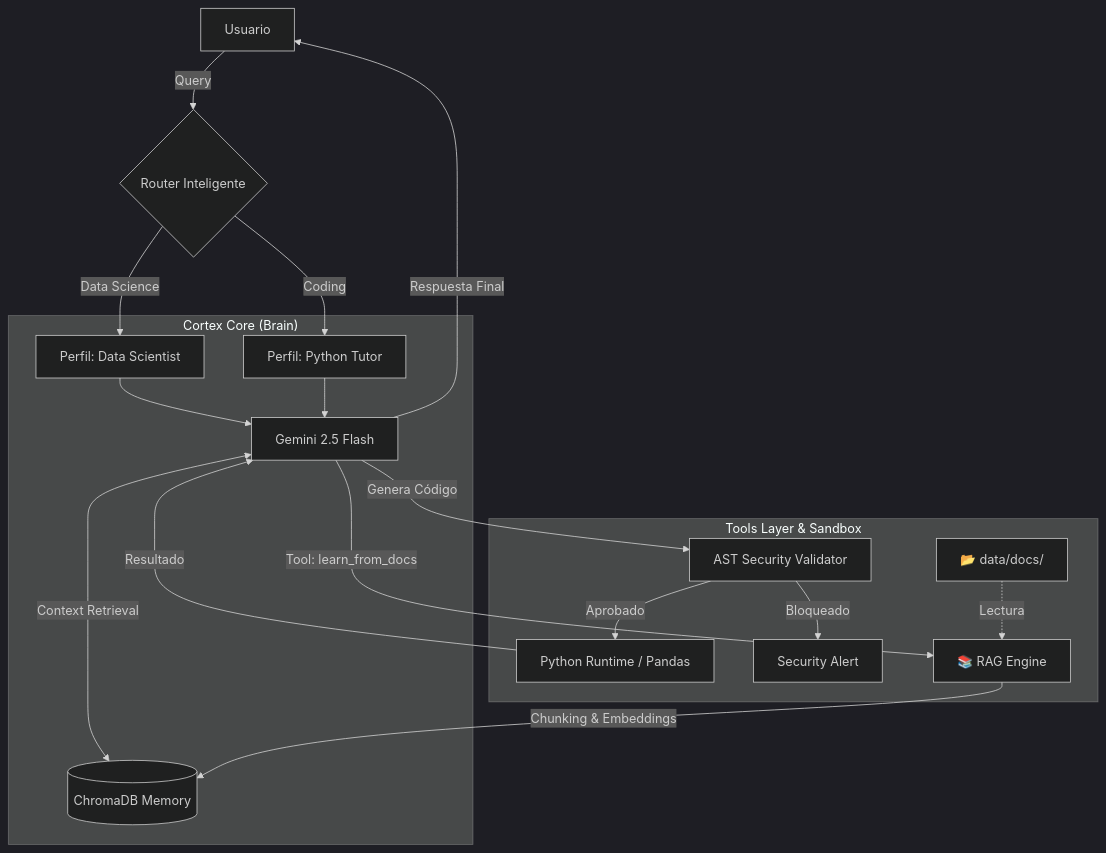
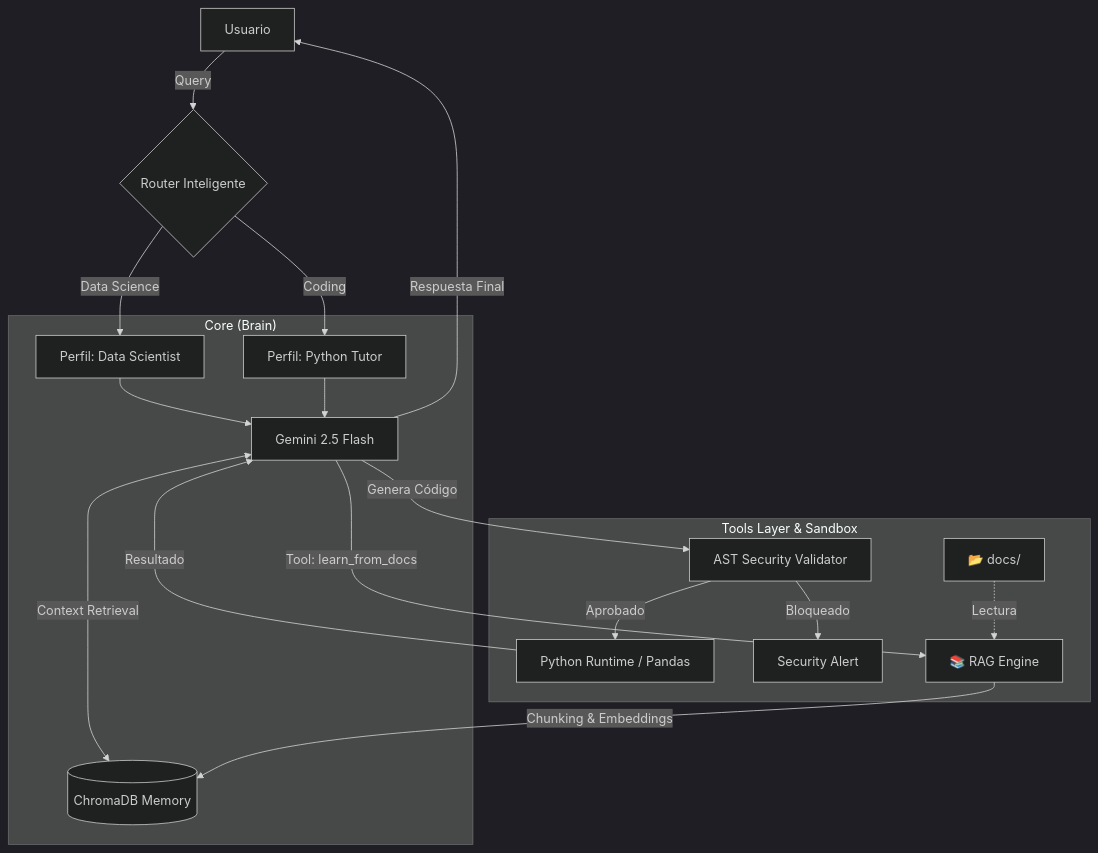
One commit to LeandroGui/autonomous-agentic-system changed the diagram in README.md. Above: the diagram before and after it, drawn with Mermaid (dark theme).

````diff
--- a/README.md
+++ b/README.md
@@ -44,26 +44,26 @@
 ```mermaid
 graph TD
     User[Usuario] -->|Query| Router{Router Inteligente}
     Router -->|Data Science| PersonaDS[Perfil: Data Scientist]
     Router -->|Coding| PersonaDev[Perfil: Python Tutor]
     
-    subgraph "Cortex Core (Brain)"
+    subgraph "Core (Brain)"
         PersonaDS & PersonaDev --> Brain[Gemini 2.5 Flash]
         Brain <-->|Context Retrieval| Memory[(ChromaDB Memory)]
     end
     
     subgraph "Tools Layer & Sandbox"
         %% Ejecución de Código
         Brain -->|Genera Código| Validator[AST Security Validator]
         Validator -->|Aprobado| Exec[Python Runtime / Pandas]
         Validator -->|Bloqueado| Error[Security Alert]
         
         %% Lógica RAG
         Brain -->|Tool: learn_from_docs| RAG[📚 RAG Engine]
-        LocalDocs[📂 data/docs/] -.->|Lectura| RAG
+        LocalDocs[📂 docs/] -.->|Lectura| RAG
         RAG -->|Chunking & Embeddings| Memory
     end
     
     Exec -->|Resultado| Brain
     Brain -->|Respuesta Final| User
 ```
````
